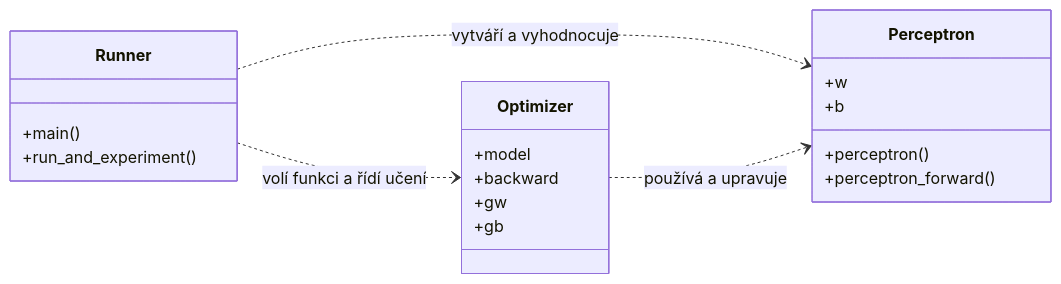
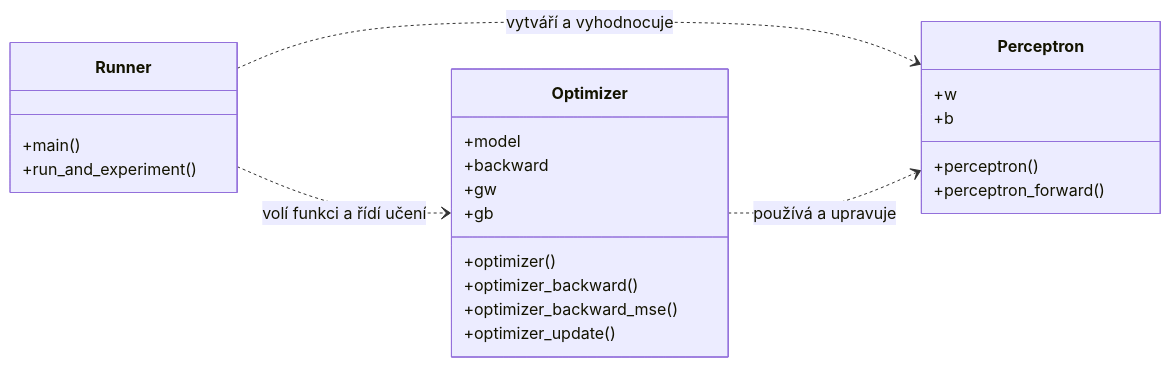
One commit to sooneoo/machine-learning changed the diagram in 002-perceptron/spec/specifikace-perceptron.md. Above: the diagram before and after it, drawn with Mermaid. The commit also changed other lines of this file, not shown here.

Commit message:
RGC-02: define optimizer interface and raw output checks

````diff
--- a/002-perceptron/spec/specifikace-perceptron.md
+++ b/002-perceptron/spec/specifikace-perceptron.md
@@ -107,23 +108,27 @@
 ```mermaid
 classDiagram
     direction LR
     class Runner {
         +main()
         +run_and_experiment()
     }
     class Optimizer {
         +model
         +backward
         +gw
         +gb
+        +optimizer()
+        +optimizer_backward()
+        +optimizer_backward_mse()
+        +optimizer_update()
     }
     class Perceptron {
         +w
         +b
         +perceptron()
         +perceptron_forward()
     }
     Runner ..> Perceptron : vytváří a vyhodnocuje
     Runner ..> Optimizer : volí funkci a řídí učení
     Optimizer ..> Perceptron : používá a upravuje
 ```
````
